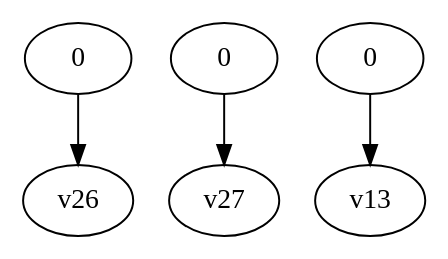
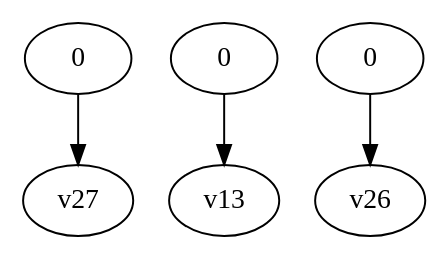
The diagram in dot_files/testEvaluate.dot (yadej/graph_project), drawn with Graphviz before and after one commit. The commit also changed 4 other files, not shown here.

```diff
--- a/dot_files/testEvaluate.dot
+++ b/dot_files/testEvaluate.dot
@@ -1,8 +1,8 @@
 digraph G { 
-v14 [label="0"]; 
 v17 [label="0"]; 
-v40 [label="0"]; 
-v14 -> v26;
+v42 [label="0"]; 
+v53 [label="0"]; 
 v17 -> v27;
-v40 -> v13;
+v42 -> v13;
+v53 -> v26;
 }
```
